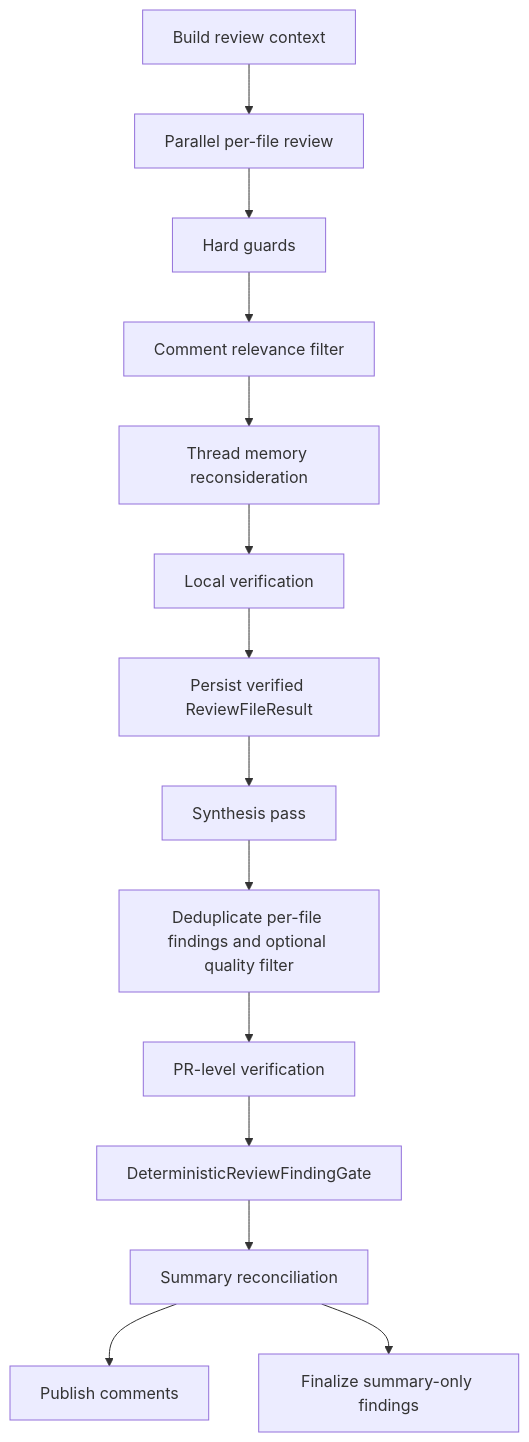
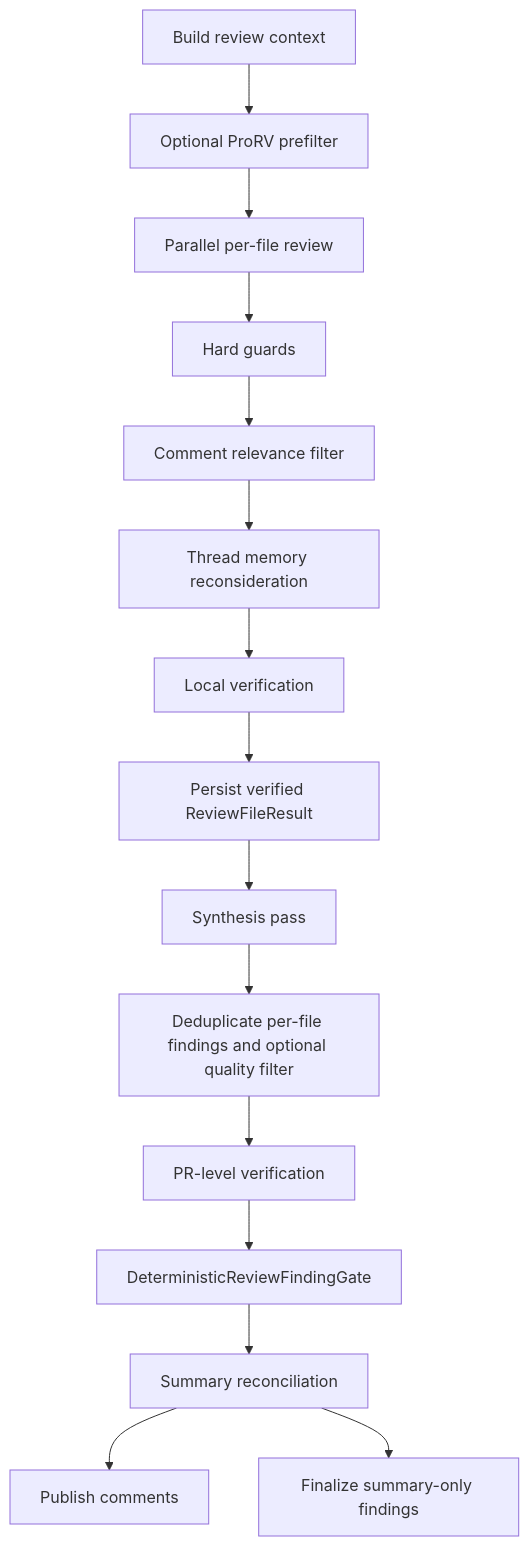
One commit to meister-dev-ai/propr changed the second of 4 diagrams in docs/architecture/reviewing-workflows.md. Above: the diagram before and after it, drawn with Mermaid. The commit also changed other lines of this file and 23 other files, not shown here.

````diff
--- a/docs/architecture/reviewing-workflows.md
+++ b/docs/architecture/reviewing-workflows.md
@@ -101,16 +124,17 @@
 ```mermaid
 flowchart TD
-    CTX["Build review context"] --> FILE["Parallel per-file review"]
+    CTX["Build review context"] --> PRORV["Optional ProRV prefilter"]
+    PRORV --> FILE["Parallel per-file review"]
     FILE --> HARD["Hard guards"]
     HARD --> REL["Comment relevance filter"]
     REL --> MEM["Thread memory reconsideration"]
     MEM --> LVER["Local verification"]
     LVER --> STORE["Persist verified ReviewFileResult"]
     STORE --> SYN["Synthesis pass"]
     SYN --> DEDUP["Deduplicate per-file findings and optional quality filter"]
     DEDUP --> PVER["PR-level verification"]
     PVER --> GATE["DeterministicReviewFindingGate"]
     GATE --> RECON["Summary reconciliation"]
     RECON --> PUB["Publish comments"]
     RECON --> SUM["Finalize summary-only findings"]
 ```
````
